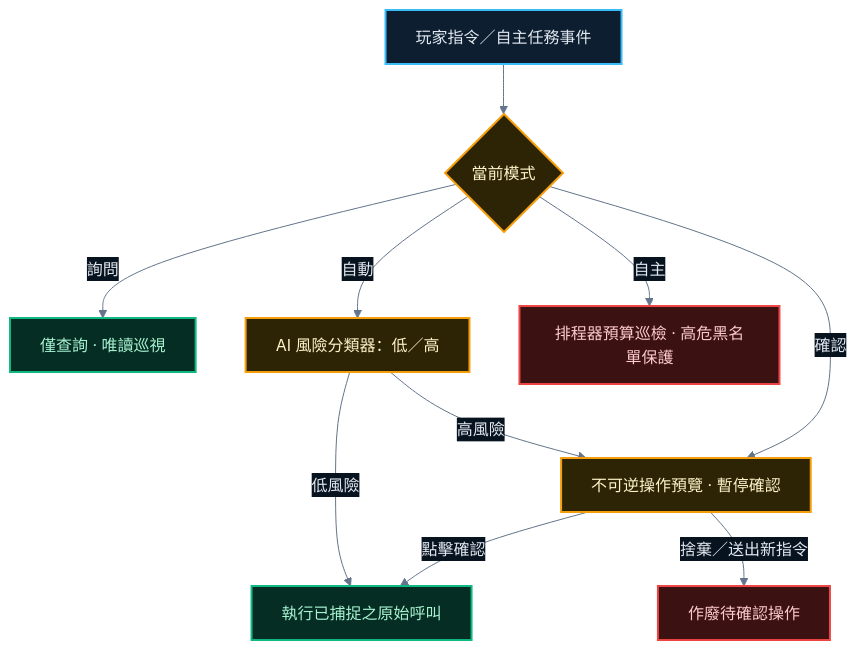
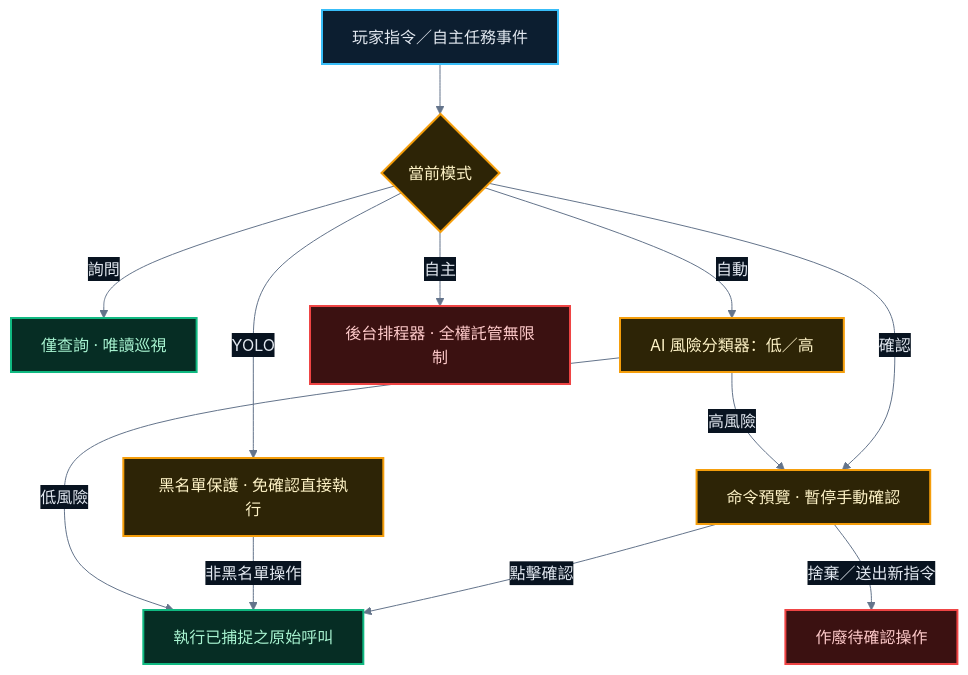
The diagram in README.zh-TW.md (mushroomTW/RimAgent), drawn with Mermaid before and after one commit. The commit also changed other lines of this file and 21 other files, not shown here.

````diff
--- a/README.zh-TW.md
+++ b/README.zh-TW.md
@@ -117,21 +118,23 @@
 ```mermaid
 %%{init: {"theme": "base", "themeVariables": {
   "primaryColor": "#0c1e30", "primaryTextColor": "#e2e8f0", "primaryBorderColor": "#38bdf8",
   "lineColor": "#64748b", "secondaryColor": "#081320", "tertiaryColor": "#1e293b",
   "fontFamily": "system-ui, -apple-system, Segoe UI, Roboto, sans-serif"}}}%%
 flowchart TD
     classDef safe fill:#062d24,stroke:#10b981,color:#a7f3d0,stroke-width:2px
     classDef check fill:#2d2406,stroke:#f59e0b,color:#fef3c7,stroke-width:2px
     classDef alert fill:#3b1111,stroke:#ef4444,color:#fecaca,stroke-width:2px
     classDef agent fill:#0c1e30,stroke:#38bdf8,color:#e2e8f0,stroke-width:2px
 
     CMD[玩家指令／自主任務事件]:::agent --> MODE{當前模式}:::check
     MODE -->|詢問| QRY[僅查詢 · 唯讀巡視]:::safe
-    MODE -->|確認| PRE[不可逆操作預覽 · 暫停確認]:::check
+    MODE -->|確認| PRE[命令預覽 · 暫停手動確認]:::check
+    MODE -->|YOLO| YOL[黑名單保護 · 免確認直接執行]:::check
     MODE -->|自動| CLF[AI 風險分類器：低／高]:::check
-    MODE -->|自主| SCH[排程器預算巡檢 · 高危黑名單保護]:::alert
+    MODE -->|自主| SCH[後台排程器 · 全權託管無限制]:::alert
     PRE -->|點擊確認| EXEC[執行已捕捉之原始呼叫]:::safe
     PRE -->|捨棄／送出新指令| DROP[作廢待確認操作]:::alert
+    YOL -->|非黑名單操作| EXEC
     CLF -->|低風險| EXEC
     CLF -->|高風險| PRE
 ```
````
